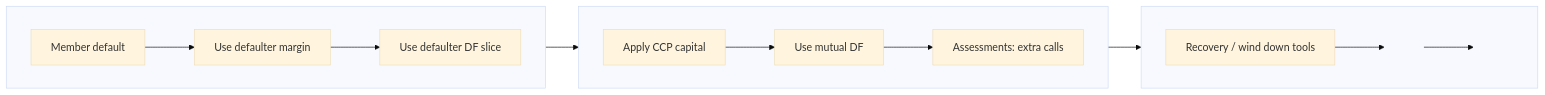
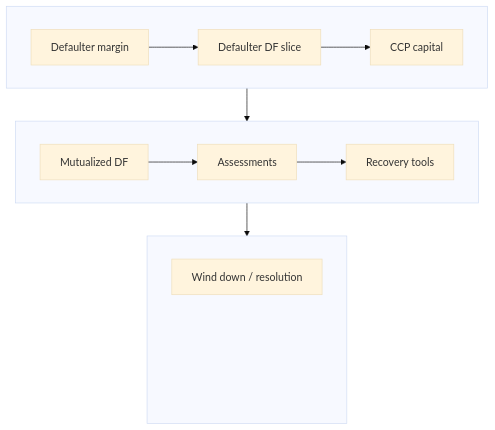
The third of 3 diagrams in epat--quantinsti/modules/m01_epat_primer/primer02_stock_market_basics/notes_stock_market_basics.md (CheickPaul/Finance-Python-Learning-Portfolio), drawn with Mermaid (base theme) before and after one commit. The commit also changed other lines of this file, not shown here.

Commit message:
Revise default waterfall process in stock market notes
Updated the default waterfall process diagram and improved formatting.

````diff
--- a/epat--quantinsti/modules/m01_epat_primer/primer02_stock_market_basics/notes_stock_market_basics.md
+++ b/epat--quantinsti/modules/m01_epat_primer/primer02_stock_market_basics/notes_stock_market_basics.md
@@ -357,30 +358,33 @@
   ```mermaid
-  flowchart LR
+ flowchart TB
 classDef spacer fill:none,stroke:none;
 
-%% Row 1
-subgraph R1[ ]
+%% Level 1 (3 cells)
+subgraph L1[ ]
 direction LR
-  A[Member default] --> B[Use defaulter margin]
-  B --> C[Use defaulter DF slice]
+  A[Defaulter margin]
+  B[Defaulter DF slice]
+  C[CCP capital]
 end
 
-%% Row 2
-subgraph R2[ ]
+%% Level 2 (3 cells)
+subgraph L2[ ]
 direction LR
-  D[Apply CCP capital] --> E[Use mutual DF]
-  E --> F[Assessments: extra calls]
+  D[Mutualized DF]
+  E[Assessments]
+  F[Recovery tools]
 end
 
-%% Row 3 (pad with spacers to keep 3 slots)
-subgraph R3[ ]
+%% Level 3 (1 visible cell + 2 spacers to keep 3 slots)
+subgraph L3[ ]
 direction LR
-  G[Recovery / wind down tools] --> S1[ ] --> S2[ ]
+  G[Wind down / resolution]
+  S1[ ]
+  S2[ ]
 end
 
-%% Vertical flow between rows
-C --> D
-F --> G
+%% Waterfall sequence (left-to-right, then next row)
+A --> B --> C --> D --> E --> F --> G
 
 class S1,S2 spacer;
 ```
````
